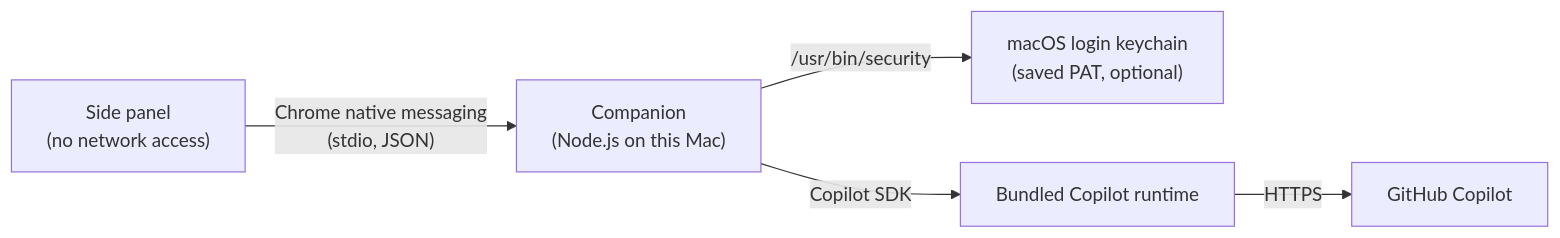
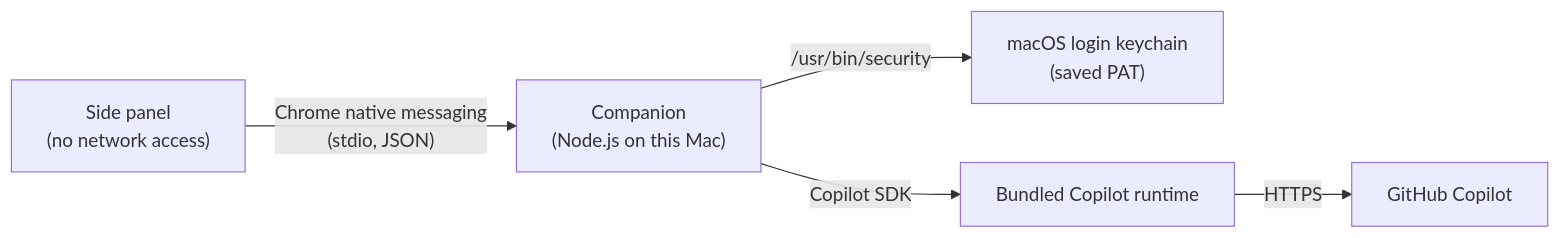
One commit to mahata/gh-copilot-in-chrome changed the diagram in README.md. Above: the diagram before and after it, drawn with Mermaid. The commit also changed other lines of this file, not shown here.

````diff
--- a/README.md
+++ b/README.md
@@ -25,7 +25,7 @@
 ```mermaid
 flowchart LR
   Panel["Side panel<br/>(no network access)"] -- "Chrome native messaging<br/>(stdio, JSON)" --> Companion["Companion<br/>(Node.js on this Mac)"]
-  Companion -- "/usr/bin/security" --> Keychain["macOS login keychain<br/>(saved PAT, optional)"]
+  Companion -- "/usr/bin/security" --> Keychain["macOS login keychain<br/>(saved PAT)"]
   Companion -- "Copilot SDK" --> Runtime["Bundled Copilot runtime"]
   Runtime -- HTTPS --> GitHub["GitHub Copilot"]
 ```
````
